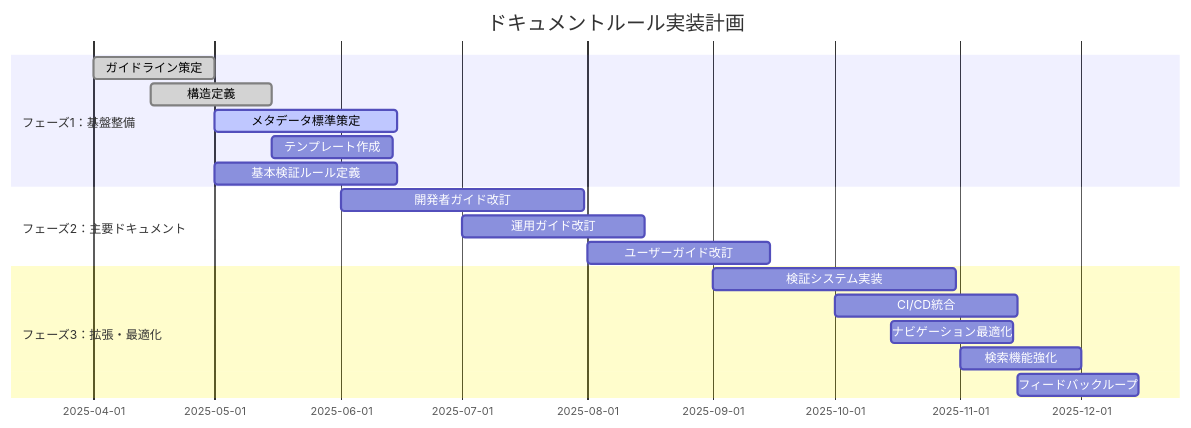
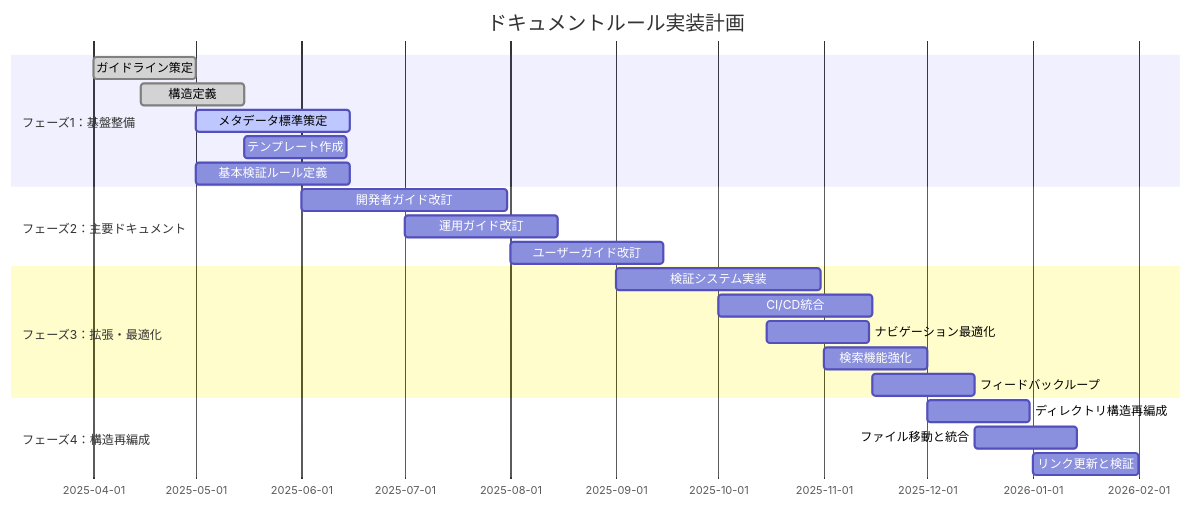
The diagram in docs/PLAN.md (ToyB0x/git-resume), drawn with Mermaid before and after one commit. The commit also changed other lines of this file and 3 other files, not shown here.

````diff
--- a/docs/PLAN.md
+++ b/docs/PLAN.md
@@ -85,21 +109,25 @@
 ```mermaid
 gantt
     title ドキュメントルール実装計画
     dateFormat  YYYY-MM-DD
     section フェーズ1：基盤整備
     ガイドライン策定      :done, g1, 2025-04-01, 30d
     構造定義              :done, g2, 2025-04-15, 30d
     メタデータ標準策定    :active, g3, 2025-05-01, 45d
     テンプレート作成      :g4, 2025-05-15, 30d
     基本検証ルール定義    :g5, 2025-05-01, 45d
     section フェーズ2：主要ドキュメント
     開発者ガイド改訂      :g6, 2025-06-01, 60d
     運用ガイド改訂        :g7, 2025-07-01, 45d
     ユーザーガイド改訂    :g8, 2025-08-01, 45d
     section フェーズ3：拡張・最適化
     検証システム実装      :g9, 2025-09-01, 60d
     CI/CD統合             :g10, 2025-10-01, 45d
     ナビゲーション最適化  :g11, 2025-10-15, 30d
     検索機能強化          :g12, 2025-11-01, 30d
     フィードバックループ  :g13, 2025-11-15, 30d
+    section フェーズ4：構造再編成
+    ディレクトリ構造再編成 :g14, 2025-12-01, 30d
+    ファイル移動と統合     :g15, 2025-12-15, 30d
+    リンク更新と検証       :g16, 2026-01-01, 31d
 ```
````
